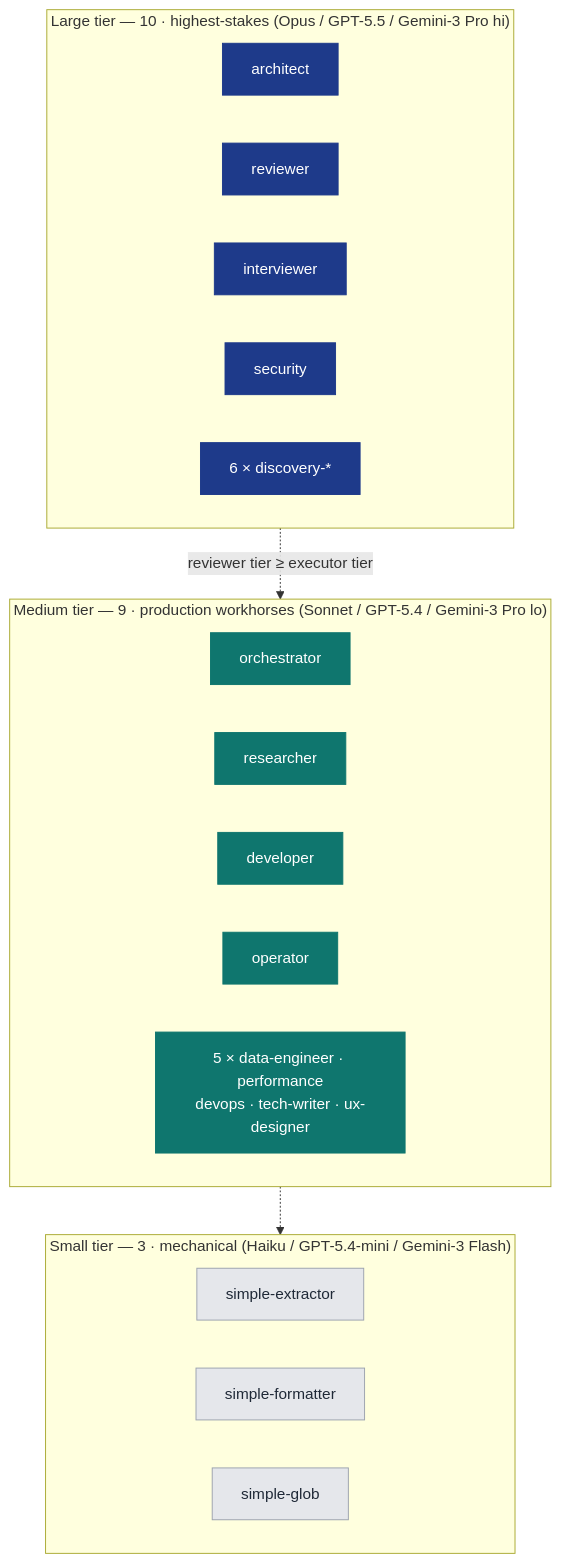
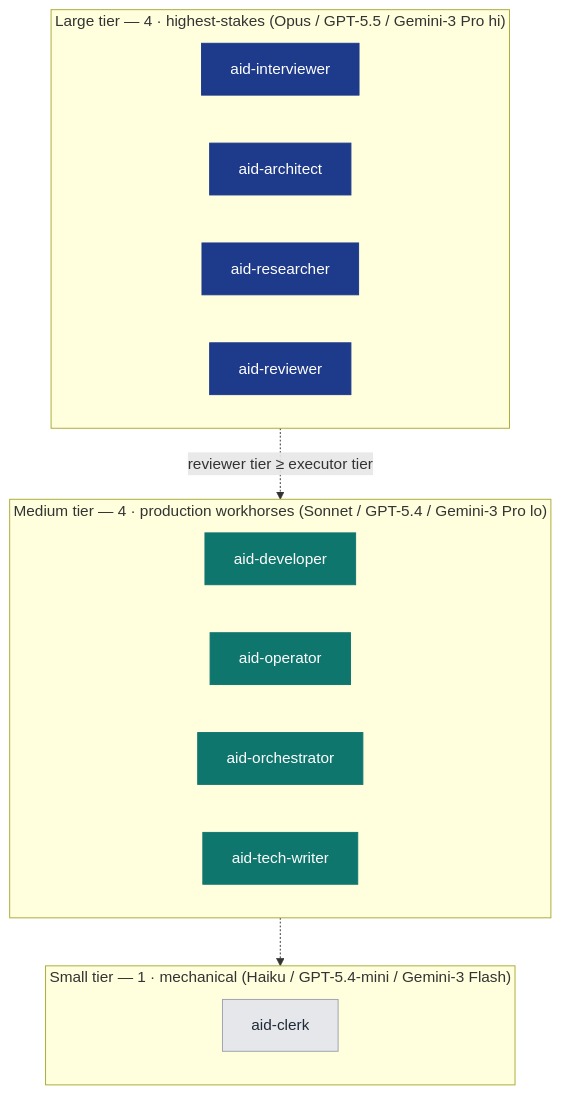
The third of 3 diagrams in README.md (AndreVianna/aid-methodology), drawn with Mermaid before and after one commit. The commit also changed other lines of this file and 598 other files, not shown here.

````diff
--- a/README.md
+++ b/README.md
@@ -233,30 +233,26 @@
 ```mermaid
 flowchart TB
     classDef large fill:#1E3A8A,stroke:#1E3A8A,color:#ffffff
     classDef med   fill:#0F766E,stroke:#0F766E,color:#ffffff
     classDef small fill:#E5E7EB,stroke:#9CA3AF,color:#1F2937
 
-    subgraph L["Large tier — 10 · highest-stakes (Opus / GPT-5.5 / Gemini-3 Pro hi)"]
+    subgraph L["Large tier — 4 · highest-stakes (Opus / GPT-5.5 / Gemini-3 Pro hi)"]
         direction LR
-        LA["architect"]:::large
-        LR2["reviewer"]:::large
-        LI["interviewer"]:::large
-        LS["security"]:::large
-        LD["6 × discovery-*"]:::large
+        LI["aid-interviewer"]:::large
+        LA["aid-architect"]:::large
+        LR2["aid-researcher"]:::large
+        LRv["aid-reviewer"]:::large
     end
-    subgraph M["Medium tier — 9 · production workhorses (Sonnet / GPT-5.4 / Gemini-3 Pro lo)"]
+    subgraph M["Medium tier — 4 · production workhorses (Sonnet / GPT-5.4 / Gemini-3 Pro lo)"]
         direction LR
-        MO["orchestrator"]:::med
-        MR["researcher"]:::med
-        MD["developer"]:::med
-        MOps["operator"]:::med
-        MDE["5 × data-engineer · performance<br/>devops · tech-writer · ux-designer"]:::med
+        MD["aid-developer"]:::med
+        MOps["aid-operator"]:::med
+        MO["aid-orchestrator"]:::med
+        MTW["aid-tech-writer"]:::med
     end
-    subgraph S["Small tier — 3 · mechanical (Haiku / GPT-5.4-mini / Gemini-3 Flash)"]
+    subgraph S["Small tier — 1 · mechanical (Haiku / GPT-5.4-mini / Gemini-3 Flash)"]
         direction LR
-        SE["simple-extractor"]:::small
-        SF["simple-formatter"]:::small
-        SG["simple-glob"]:::small
+        SC["aid-clerk"]:::small
     end
     L -. "reviewer tier ≥ executor tier" .-> M -.-> S
 ```
````
